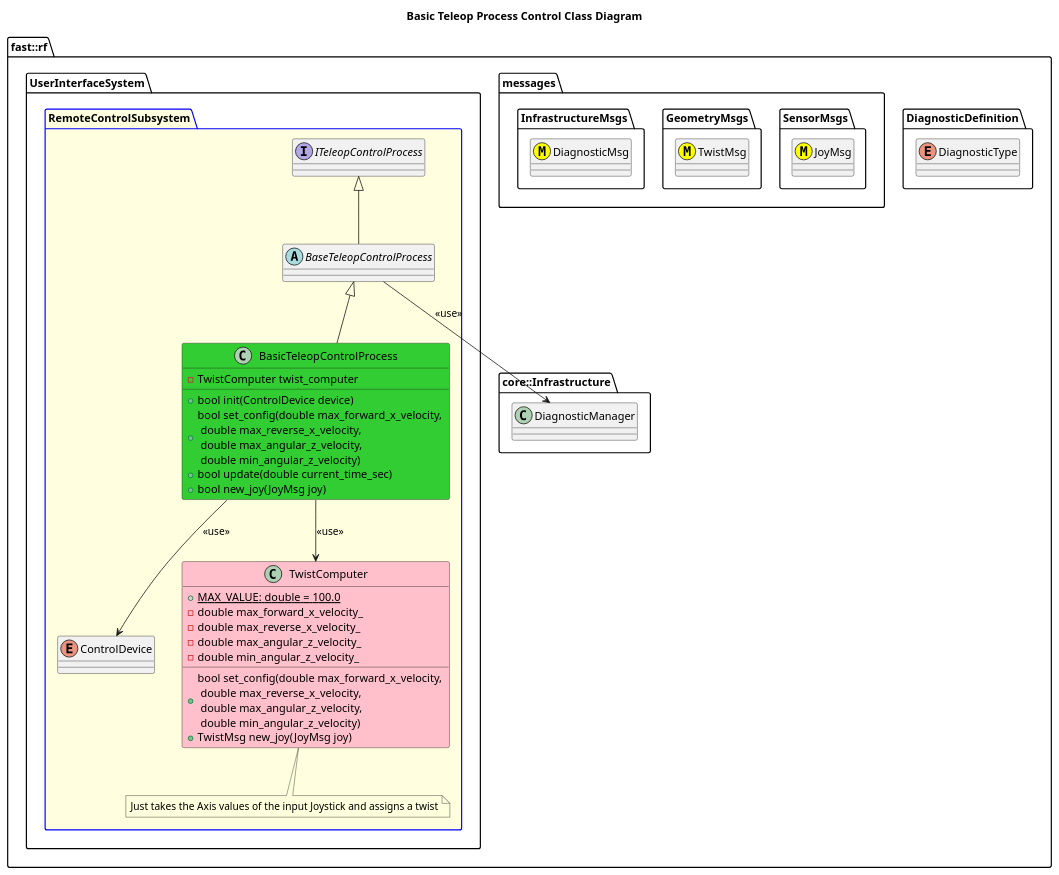
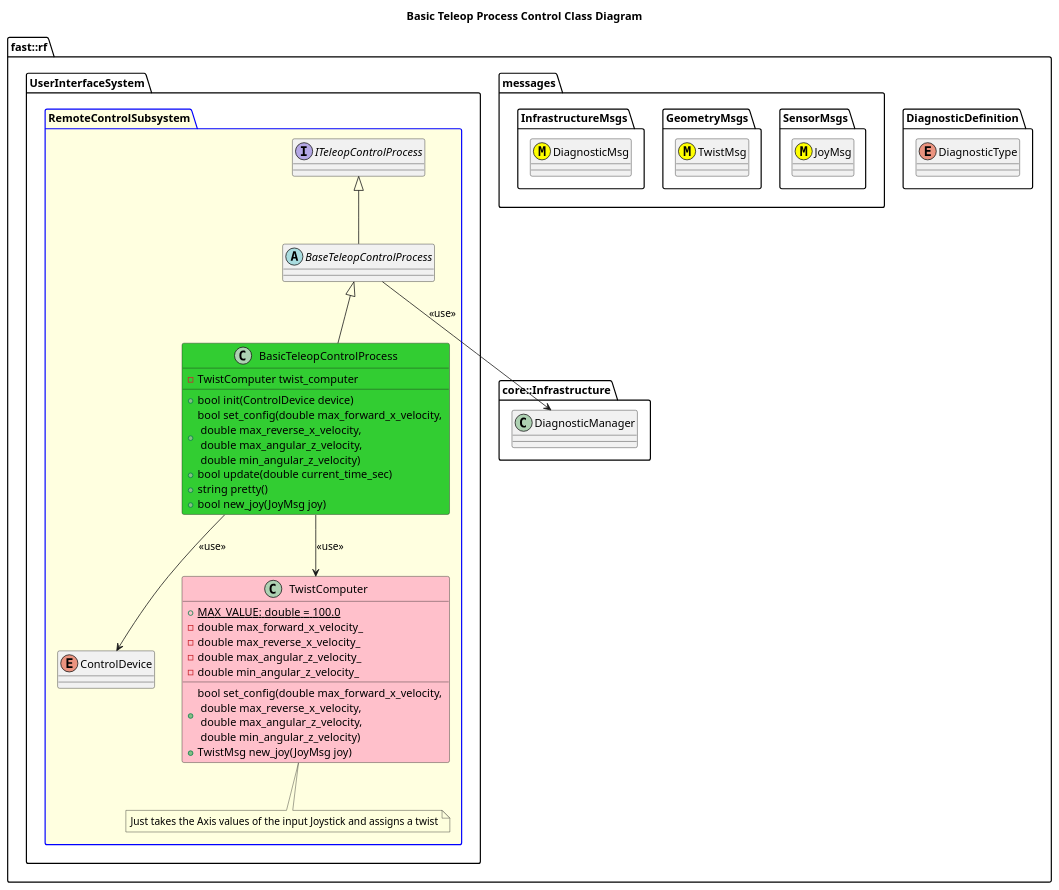
Before and after one commit to fastrobotics/robot_framework: the diagram in Systems/UserInterface/Subsystems/RemoteControl/Processes/TeleopControl/doc/ProcessImplementations/puml/BasicTeleopControlProcessClassDiagram.puml, drawn with PlantUML. The commit also changed 10 other files, not shown here.

```diff
--- a/Systems/UserInterface/Subsystems/RemoteControl/Processes/TeleopControl/doc/ProcessImplementations/puml/BasicTeleopControlProcessClassDiagram.puml
+++ b/Systems/UserInterface/Subsystems/RemoteControl/Processes/TeleopControl/doc/ProcessImplementations/puml/BasicTeleopControlProcessClassDiagram.puml
@@ -1,56 +1,57 @@
 @startuml
 title Basic Teleop Process Control Class Diagram
 
 namespace fast::rf {
   namespace DiagnosticDefinition {
     enum DiagnosticType
   }
   namespace messages {
     namespace SensorMsgs {
       class JoyMsg <<(M,#FFFF00)>>
     }
     namespace GeometryMsgs {
       class TwistMsg <<(M,#FFFF00)>>
     }
     namespace InfrastructureMsgs {
       class DiagnosticMsg <<(M,#FFFF00)>>
     }
   }
   namespace core::Infrastructure {
     class DiagnosticManager
   }
   namespace UserInterfaceSystem {
     package RemoteControlSubsystem #LightYellow;line:blue {
         interface ITeleopControlProcess
         abstract BaseTeleopControlProcess
         enum ControlDevice
         BaseTeleopControlProcess -up-|> ITeleopControlProcess
         BaseTeleopControlProcess --> DiagnosticManager: <<use>>
         class TwistComputer #Pink {
           +{static} MAX_VALUE: double = 100.0
           +bool set_config(double max_forward_x_velocity, \n double max_reverse_x_velocity, \n double max_angular_z_velocity, \n double min_angular_z_velocity)
           +TwistMsg new_joy(JoyMsg joy)
           -double max_forward_x_velocity_
           -double max_reverse_x_velocity_
           -double max_angular_z_velocity_
           -double min_angular_z_velocity_
         }
         note bottom of TwistComputer
           Just takes the Axis values of the input Joystick and assigns a twist
         end note
         class BasicTeleopControlProcess #LimeGreen {
           
           +bool init(ControlDevice device)
           +bool set_config(double max_forward_x_velocity, \n double max_reverse_x_velocity, \n double max_angular_z_velocity, \n double min_angular_z_velocity)
           +bool update(double current_time_sec)
+          +string pretty()
           +bool new_joy(JoyMsg joy)
           -TwistComputer twist_computer
 
         }
         BasicTeleopControlProcess -up-|> BaseTeleopControlProcess
         BasicTeleopControlProcess --> TwistComputer: <<use>>
         BasicTeleopControlProcess --> ControlDevice: <<use>>
     }
   }
 }
 @enduml
```
